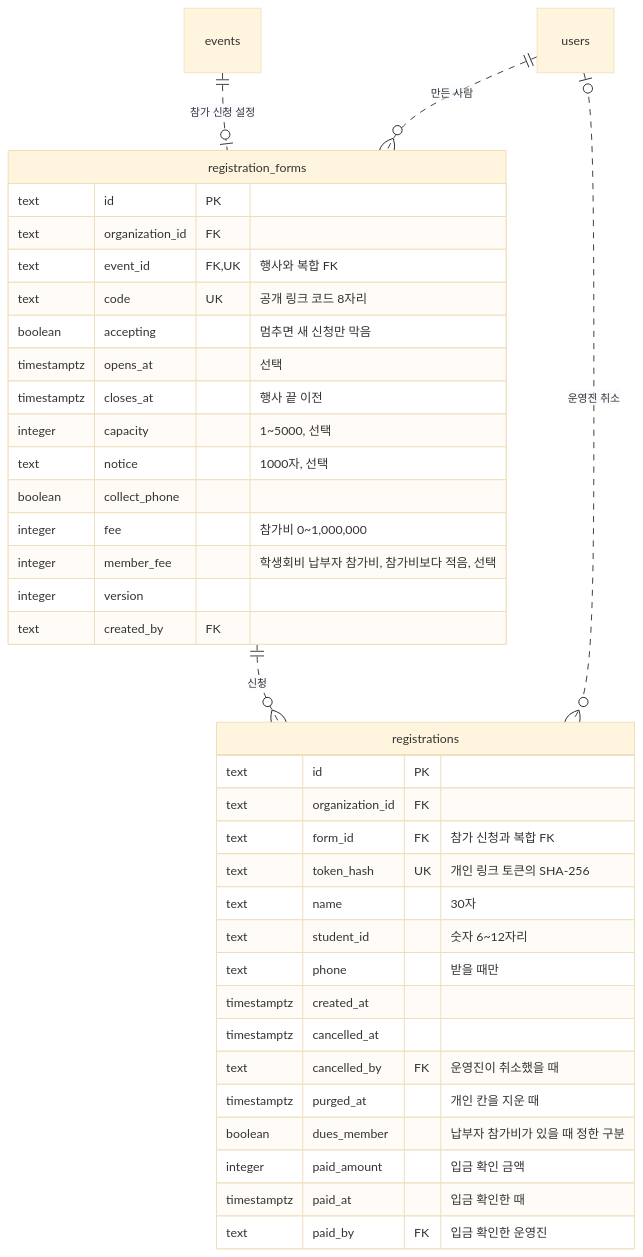
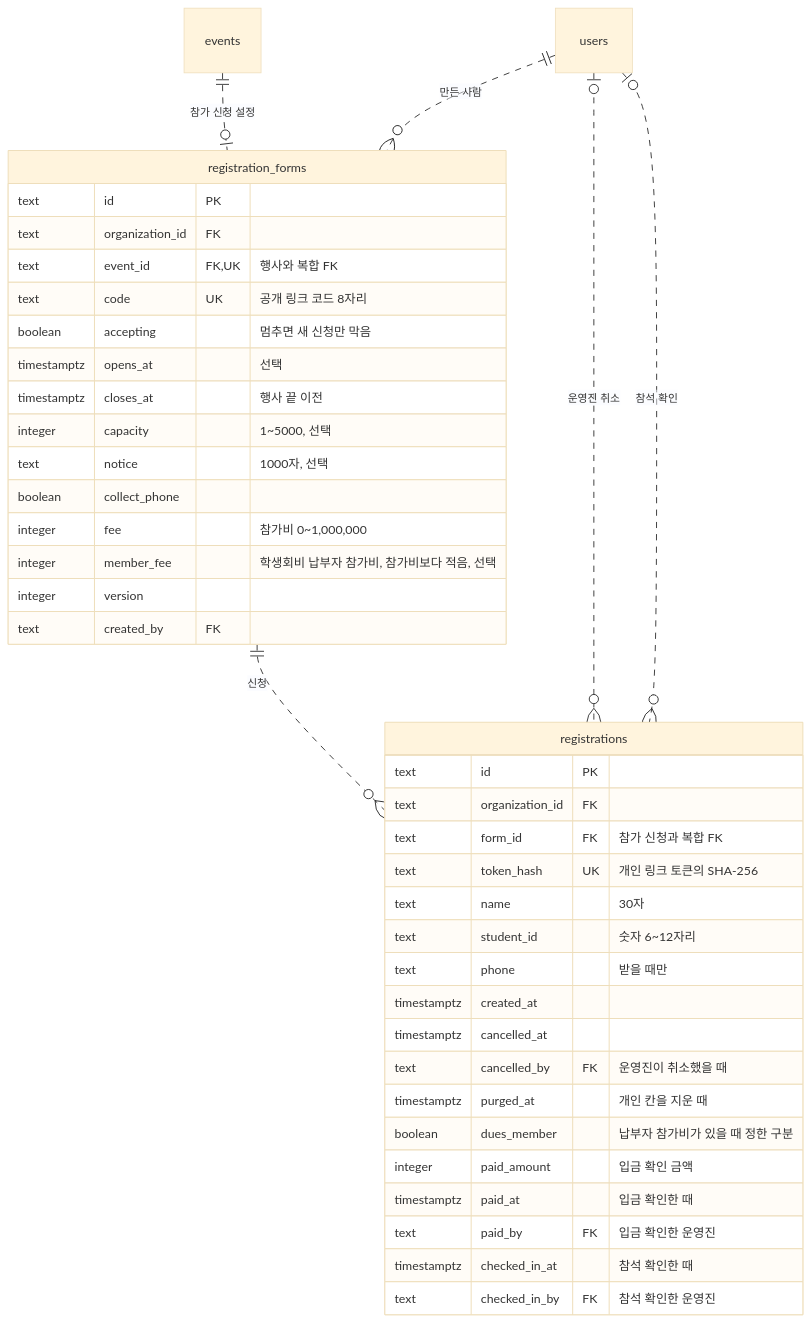
The seventh of 9 diagrams in docs/ERD.md (vada-hq/vada), drawn with Mermaid (base theme) before and after one commit. The commit also changed other lines of this file and 1 other file, not shown here.

Commit message:
참석 확인을 문서에 반영

````diff
--- a/docs/ERD.md
+++ b/docs/ERD.md
@@ -422,41 +422,44 @@
 ```mermaid
 erDiagram
     events ||..o| registrationForms : "참가 신청 설정"
     registrationForms ||..o{ registrations : "신청"
     users ||..o{ registrationForms : "만든 사람"
     users |o..o{ registrations : "운영진 취소"
+    users |o..o{ registrations : "참석 확인"
 
     registrationForms["registration_forms"] {
         text id PK
         text organization_id FK
         text event_id FK, UK "행사와 복합 FK"
         text code UK "공개 링크 코드 8자리"
         boolean accepting "멈추면 새 신청만 막음"
         timestamptz opens_at "선택"
         timestamptz closes_at "행사 끝 이전"
         integer capacity "1~5000, 선택"
         text notice "1000자, 선택"
         boolean collect_phone
         integer fee "참가비 0~1,000,000"
         integer member_fee "학생회비 납부자 참가비, 참가비보다 적음, 선택"
         integer version
         text created_by FK
     }
     registrations {
         text id PK
         text organization_id FK
         text form_id FK "참가 신청과 복합 FK"
         text token_hash UK "개인 링크 토큰의 SHA-256"
         text name "30자"
         text student_id "숫자 6~12자리"
         text phone "받을 때만"
         timestamptz created_at
         timestamptz cancelled_at
         text cancelled_by FK "운영진이 취소했을 때"
         timestamptz purged_at "개인 칸을 지운 때"
         boolean dues_member "납부자 참가비가 있을 때 정한 구분"
         integer paid_amount "입금 확인 금액"
         timestamptz paid_at "입금 확인한 때"
         text paid_by FK "입금 확인한 운영진"
+        timestamptz checked_in_at "참석 확인한 때"
+        text checked_in_by FK "참석 확인한 운영진"
     }
 ```
````
